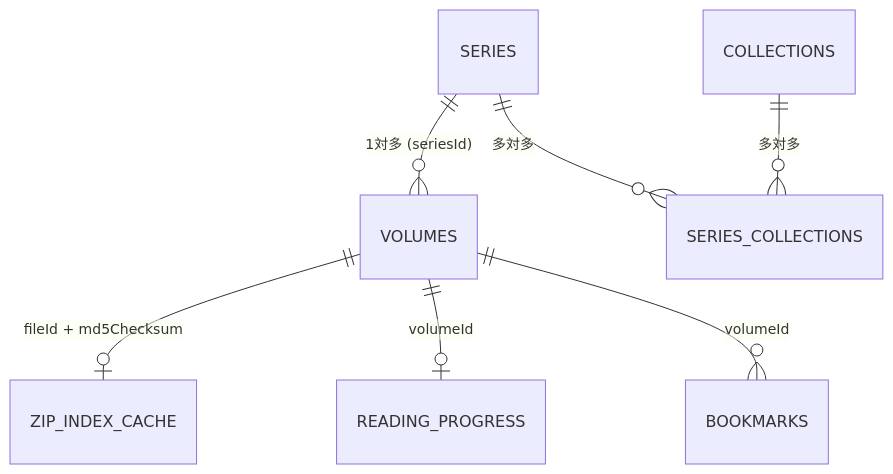
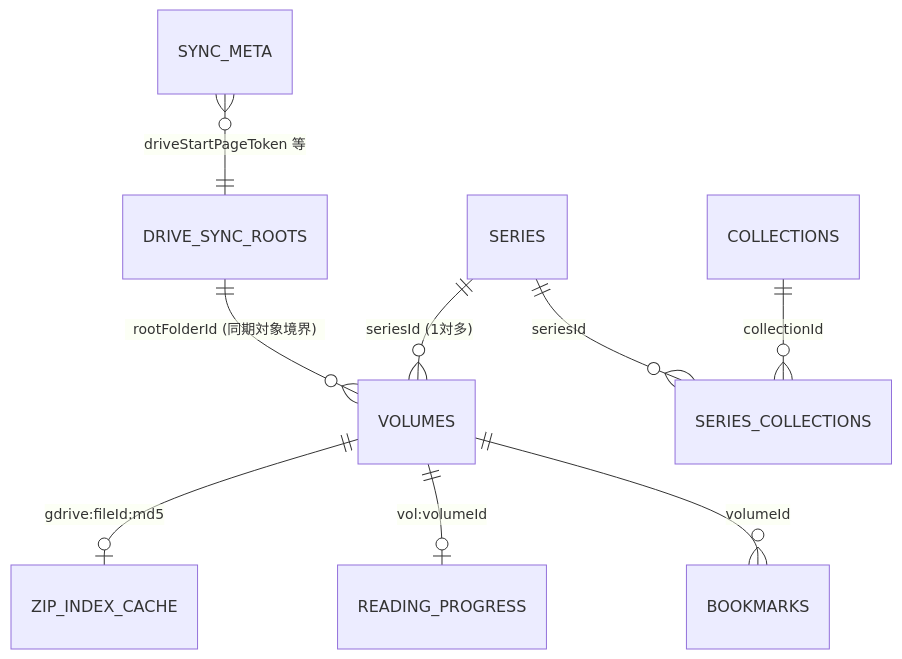
One commit to high-soar/ex-libris changed the diagram in docs/specs/db-schema.md. Above: the diagram before and after it, drawn with Mermaid. The commit also changed other lines of this file and 3 other files, not shown here.

````diff
--- a/docs/specs/db-schema.md
+++ b/docs/specs/db-schema.md
@@ -38,9 +41,11 @@
 ```mermaid
 erDiagram
-    SERIES ||--o{ VOLUMES : "1対多 (seriesId)"
-    COLLECTIONS ||--o{ SERIES_COLLECTIONS : "多対多"
-    SERIES ||--o{ SERIES_COLLECTIONS : "多対多"
-    VOLUMES ||--o| ZIP_INDEX_CACHE : "fileId + md5Checksum"
-    VOLUMES ||--o| READING_PROGRESS : "volumeId"
+    DRIVE_SYNC_ROOTS ||--o{ VOLUMES : "rootFolderId (同期対象境界)"
+    SERIES ||--o{ VOLUMES : "seriesId (1対多)"
+    COLLECTIONS ||--o{ SERIES_COLLECTIONS : "collectionId"
+    SERIES ||--o{ SERIES_COLLECTIONS : "seriesId"
+    VOLUMES ||--o| ZIP_INDEX_CACHE : "gdrive:fileId:md5"
+    VOLUMES ||--o| READING_PROGRESS : "vol:volumeId"
     VOLUMES ||--o{ BOOKMARKS : "volumeId"
+    SYNC_META }o--|| DRIVE_SYNC_ROOTS : "driveStartPageToken 等"
 ```
````
